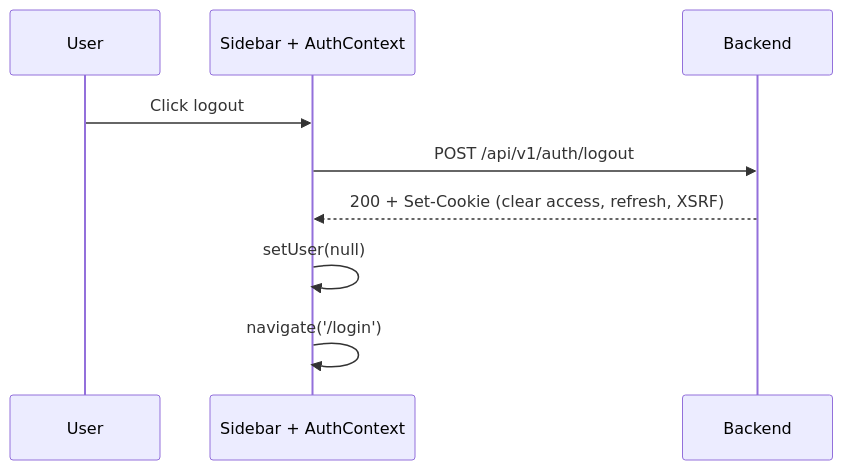
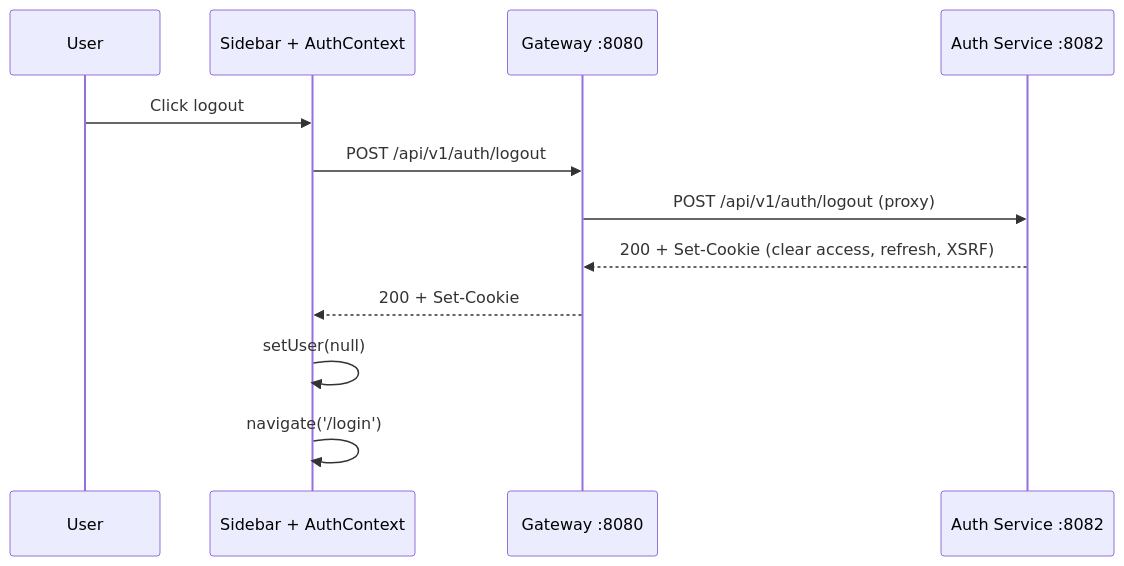
The seventh of 7 diagrams in docs/authentication_flow.md (gnl-org/workhub), drawn with Mermaid before and after one commit. The commit also changed other lines of this file, not shown here.

Commit message:
update auth flow doc

````diff
--- a/docs/authentication_flow.md
+++ b/docs/authentication_flow.md
@@ -275,12 +328,15 @@
 ```mermaid
 sequenceDiagram
     participant U as User
     participant FE as Sidebar + AuthContext
-    participant BE as Backend
+    participant GW as Gateway :8080
+    participant AS as Auth Service :8082
 
     U->>FE: Click logout
-    FE->>BE: POST /api/v1/auth/logout
-    BE-->>FE: 200 + Set-Cookie (clear access, refresh, XSRF)
+    FE->>GW: POST /api/v1/auth/logout
+    GW->>AS: POST /api/v1/auth/logout (proxy)
+    AS-->>GW: 200 + Set-Cookie (clear access, refresh, XSRF)
+    GW-->>FE: 200 + Set-Cookie
     FE->>FE: setUser(null)
     FE->>FE: navigate('/login')
 ```
````
